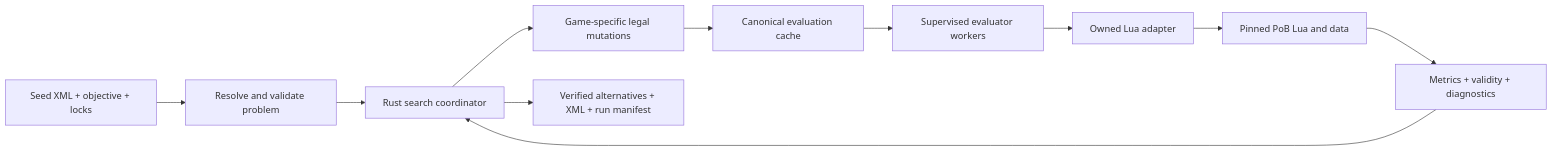
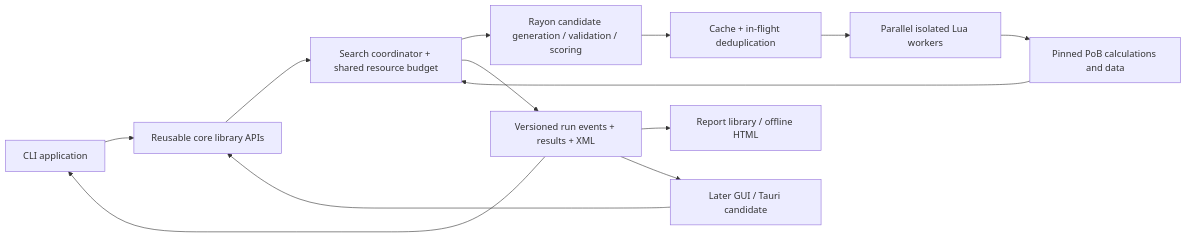
One commit to Azaril/poe-optimizer changed the diagram in docs/design.md. Above: the diagram before and after it, drawn with Mermaid. The commit also changed other lines of this file and 3 other files, not shown here.

Commit message:
Design multicore execution and reusable CLI-to-GUI architecture

````diff
--- a/docs/design.md
+++ b/docs/design.md
@@ -77,13 +83,15 @@
 ```mermaid
 flowchart LR
-    Input[Seed XML + objective + locks] --> Validate[Resolve and validate problem]
-    Validate --> Search[Rust search coordinator]
-    Search --> Rules[Game-specific legal mutations]
-    Rules --> Cache[Canonical evaluation cache]
-    Cache --> Pool[Supervised evaluator workers]
-    Pool --> Shim[Owned Lua adapter]
-    Shim --> PoB[Pinned PoB Lua and data]
-    PoB --> Metrics[Metrics + validity + diagnostics]
-    Metrics --> Search
-    Search --> Results[Verified alternatives + XML + run manifest]
+    CLI[CLI application] --> Core[Reusable core library APIs]
+    GUI[Later GUI / Tauri candidate] --> Core
+    Core --> Search[Search coordinator + shared resource budget]
+    Search --> Rayon[Rayon candidate generation / validation / scoring]
+    Rayon --> Cache[Cache + in-flight deduplication]
+    Cache --> Pool[Parallel isolated Lua workers]
+    Pool --> PoB[Pinned PoB calculations and data]
+    PoB --> Search
+    Search --> Results[Versioned run events + results + XML]
+    Results --> Reports[Report library / offline HTML]
+    Results --> CLI
+    Results --> GUI
 ```
````
